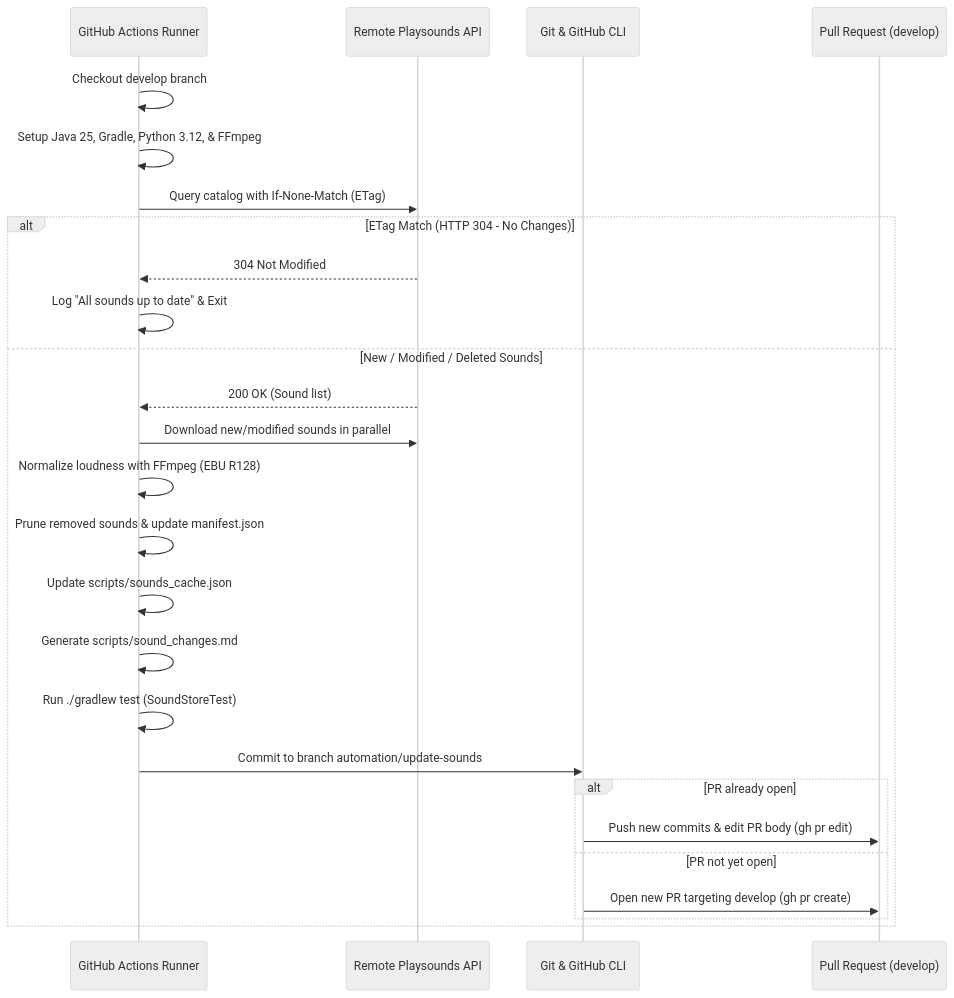
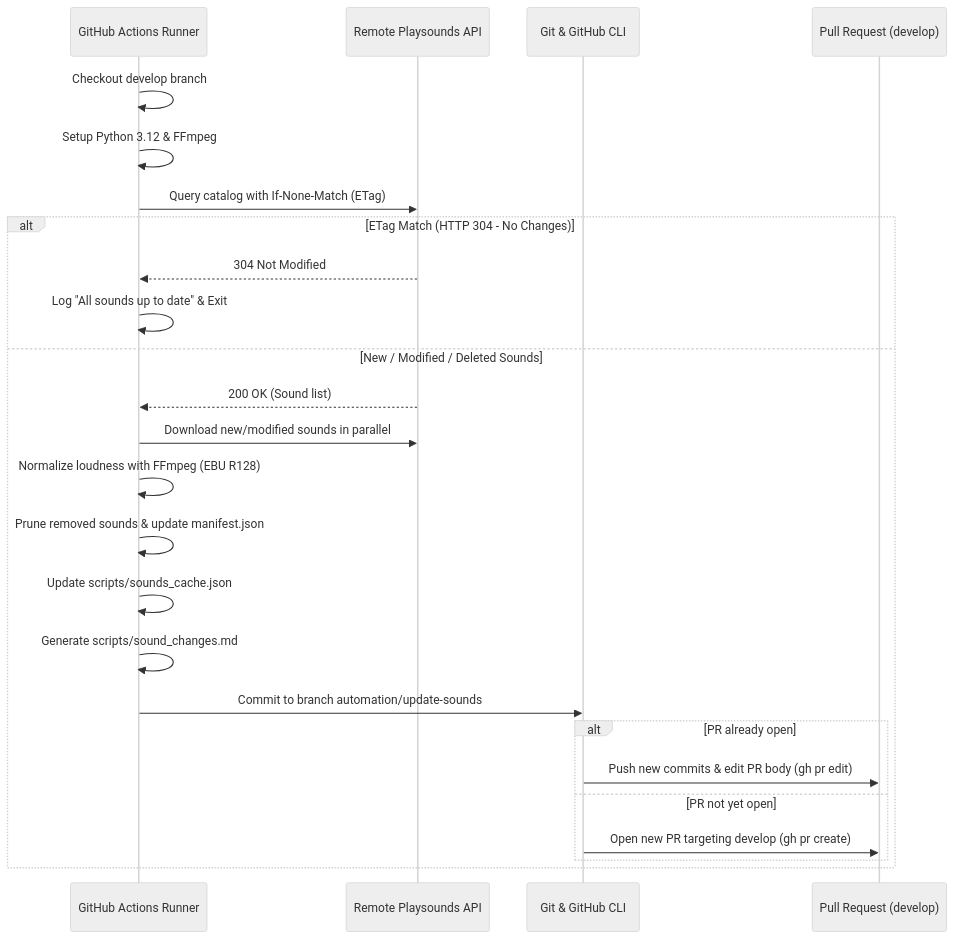
The diagram in .github/workflows/sync-sounds.md (MrBean355/discord-roons-bot), drawn with Mermaid (neutral theme) before and after one commit. The commit also changed other lines of this file and 4 other files, not shown here.

````diff
--- a/.github/workflows/sync-sounds.md
+++ b/.github/workflows/sync-sounds.md
@@ -47,28 +47,27 @@
 ```mermaid
 sequenceDiagram
     participant GH as GitHub Actions Runner
     participant API as Remote Playsounds API
     participant Git as Git & GitHub CLI
     participant PR as Pull Request (develop)
     GH ->> GH: Checkout develop branch
-    GH ->> GH: Setup Java 25, Gradle, Python 3.12, & FFmpeg
+    GH ->> GH: Setup Python 3.12 & FFmpeg
     GH ->> API: Query catalog with If-None-Match (ETag)
     alt ETag Match (HTTP 304 - No Changes)
         API -->> GH: 304 Not Modified
         GH ->> GH: Log "All sounds up to date" & Exit
     else New / Modified / Deleted Sounds
         API -->> GH: 200 OK (Sound list)
         GH ->> API: Download new/modified sounds in parallel
         GH ->> GH: Normalize loudness with FFmpeg (EBU R128)
         GH ->> GH: Prune removed sounds & update manifest.json
         GH ->> GH: Update scripts/sounds_cache.json
         GH ->> GH: Generate scripts/sound_changes.md
-        GH ->> GH: Run ./gradlew test (SoundStoreTest)
         GH ->> Git: Commit to branch automation/update-sounds
         alt PR already open
             Git ->> PR: Push new commits & edit PR body (gh pr edit)
         else PR not yet open
             Git ->> PR: Open new PR targeting develop (gh pr create)
         end
     end
 ```
````
